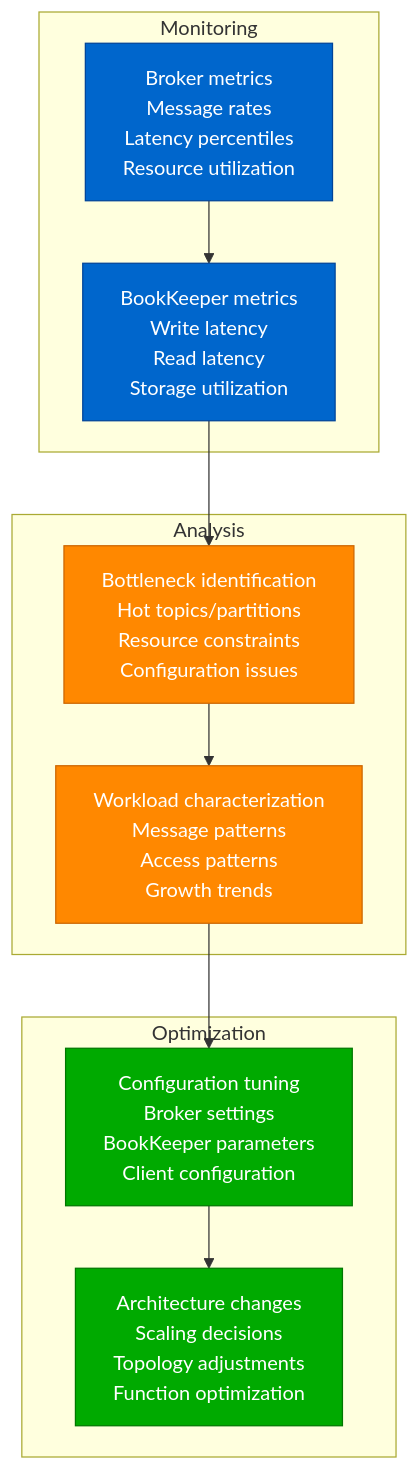
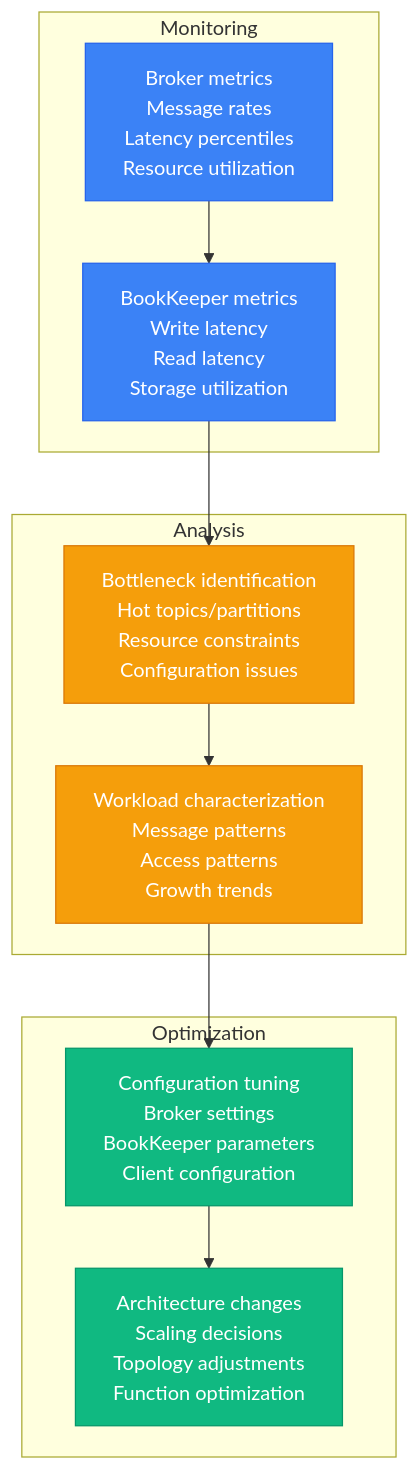
One commit to deepaucksharma/DS changed diagram 11 of 11 in site/docs/performance/pulsar-performance-profile.md. Above: the diagram before and after it, drawn with Mermaid. The commit also changed other lines of this file and 303 other files, not shown here.

````diff
--- a/site/docs/performance/pulsar-performance-profile.md
+++ b/site/docs/performance/pulsar-performance-profile.md
@@ -432,34 +432,34 @@
 ```mermaid
 graph TB
     subgraph "Monitoring"
         MON1[Broker metrics<br/>Message rates<br/>Latency percentiles<br/>Resource utilization]
 
         MON2[BookKeeper metrics<br/>Write latency<br/>Read latency<br/>Storage utilization]
 
         MON1 --> MON2
     end
 
     subgraph "Analysis"
         ANALYSIS1[Bottleneck identification<br/>Hot topics/partitions<br/>Resource constraints<br/>Configuration issues]
 
         ANALYSIS2[Workload characterization<br/>Message patterns<br/>Access patterns<br/>Growth trends]
 
         MON2 --> ANALYSIS1 --> ANALYSIS2
     end
 
     subgraph "Optimization"
         OPT1[Configuration tuning<br/>Broker settings<br/>BookKeeper parameters<br/>Client configuration]
 
         OPT2[Architecture changes<br/>Scaling decisions<br/>Topology adjustments<br/>Function optimization]
 
         ANALYSIS2 --> OPT1 --> OPT2
     end
 
-    classDef monStyle fill:#0066CC,stroke:#004499,color:#fff
-    classDef analysisStyle fill:#FF8800,stroke:#CC6600,color:#fff
-    classDef optStyle fill:#00AA00,stroke:#007700,color:#fff
+    classDef monStyle fill:#3B82F6,stroke:#2563EB,color:#fff
+    classDef analysisStyle fill:#F59E0B,stroke:#D97706,color:#fff
+    classDef optStyle fill:#10B981,stroke:#059669,color:#fff
 
     class MON1,MON2 monStyle
     class ANALYSIS1,ANALYSIS2 analysisStyle
     class OPT1,OPT2 optStyle
 ```
````
